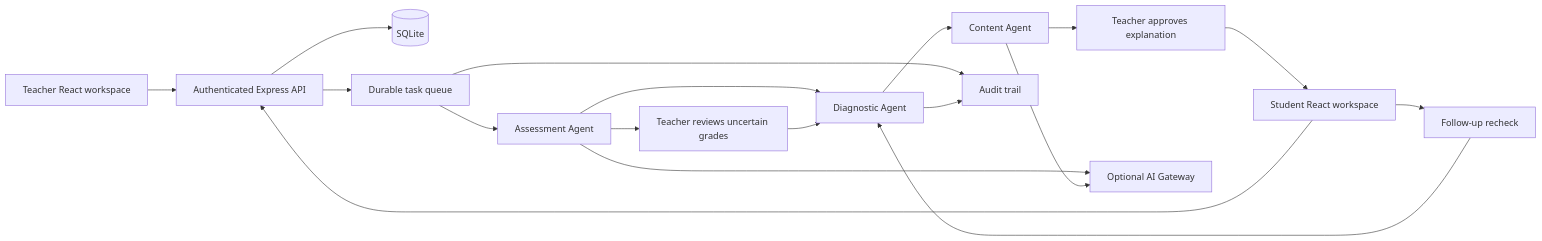
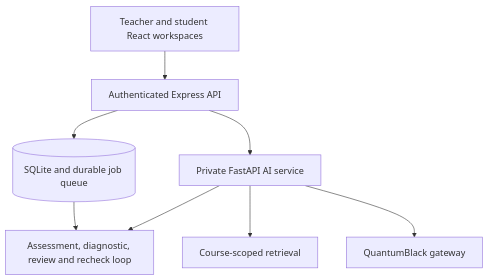
Before and after one commit to rymameuri/Gap.: the diagram in docs/architecture.md, drawn with Mermaid. The commit also changed other lines of this file and 38 other files, not shown here.

Commit message:
Integrate private FastAPI AI service

````diff
--- a/docs/architecture.md
+++ b/docs/architecture.md
@@ -3,20 +3,10 @@
 ```mermaid
-flowchart LR
-  T[Teacher React workspace] --> API[Authenticated Express API]
-  S[Student React workspace] --> API
-  API --> DB[(SQLite)]
-  API --> Q[Durable task queue]
-  Q --> A[Assessment Agent]
-  A --> H[Teacher reviews uncertain grades]
-  A --> D[Diagnostic Agent]
-  H --> D
-  D --> C[Content Agent]
-  C --> P[Teacher approves explanation]
-  P --> S
-  S --> R[Follow-up recheck]
-  R --> D
-  A --> M[Optional AI Gateway]
-  C --> M
-  Q --> L[Audit trail]
-  D --> L
+flowchart TB
+  UI[Teacher and student React workspaces] --> API[Authenticated Express API]
+  API --> DB[(SQLite and durable job queue)]
+  API --> AI[Private FastAPI AI service]
+  AI --> RAG[Course-scoped retrieval]
+  AI --> QB[QuantumBlack gateway]
+  DB --> LOOP[Assessment, diagnostic, review and recheck loop]
+  AI --> LOOP
 ```
````
